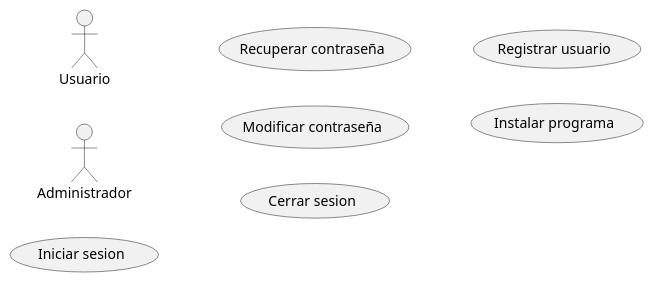
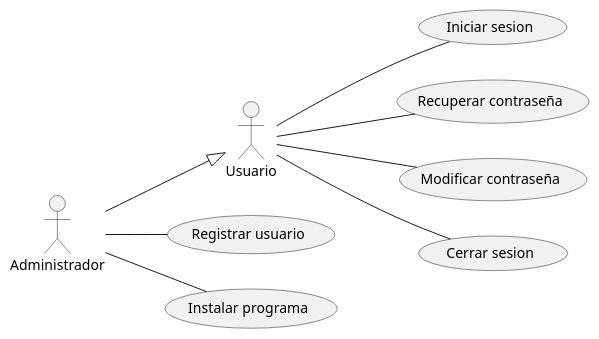
The diagram in src/uml3.puml (RikaMzHyde/PracticaClasesUsoPlantUml), drawn with PlantUML before and after one commit.

Commit message:
Terminamos de recrear el ejemplo "Usuarios y administradores"

```diff
--- a/src/uml3.puml
+++ b/src/uml3.puml
@@ -1,12 +1,15 @@
 @startuml
+
 left to right direction
-:Usuario:
-:Administrador:
 
-(Iniciar sesion)
-(Recuperar contraseña)
-(Modificar contraseña)
-(Cerrar sesion)
-(Registrar usuario)
-(Instalar programa)
+
+:Usuario: -- (Iniciar sesion)
+:Usuario: -- (Recuperar contraseña)
+:Usuario: -- (Modificar contraseña)
+:Usuario: -- (Cerrar sesion)
+
+:Administrador: -- (Registrar usuario)
+:Administrador: -- (Instalar programa)
+
+:Administrador: --|> :Usuario:
 @enduml
```
